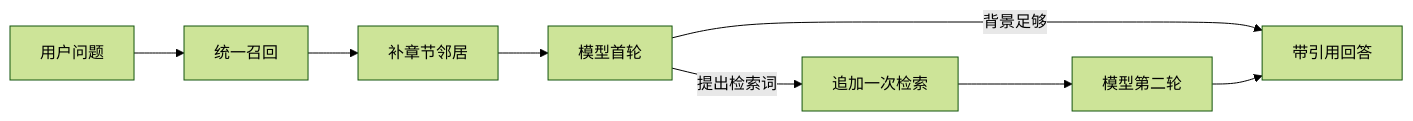
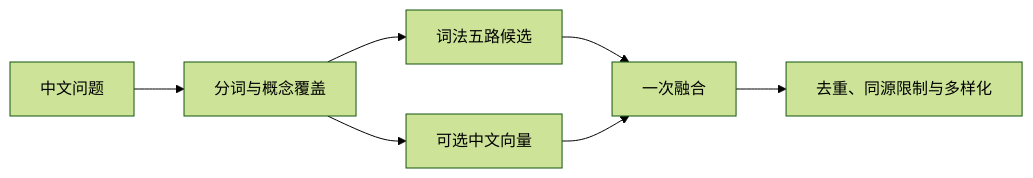
Before and after one commit to lejunyang/omem: the diagram in .repo-review/knowledge/articles/c7ef9ab86227b21952d1f3567bf0ff43a7d5e858dd8fb114a0775b4a78d08de5.md, drawn with Mermaid (forest theme). The commit also changed other lines of this file and 35 other files, not shown here.

````diff
--- a/.repo-review/knowledge/articles/c7ef9ab86227b21952d1f3567bf0ff43a7d5e858dd8fb114a0775b4a78d08de5.md
+++ b/.repo-review/knowledge/articles/c7ef9ab86227b21952d1f3567bf0ff43a7d5e858dd8fb114a0775b4a78d08de5.md
@@ -56,10 +32,9 @@
 ```mermaid
 flowchart LR
-  Q[用户问题] --> R[统一召回]
-  R --> N[补章节邻居]
-  N --> A1[模型首轮]
-  A1 -->|背景足够| F[带引用回答]
-  A1 -->|提出检索词| R2[追加一次检索]
-  R2 --> A2[模型第二轮]
-  A2 --> F
+  Q[中文问题] --> T[分词与概念覆盖]
+  T --> L[词法五路候选]
+  T --> V[可选中文向量]
+  L --> F[一次融合]
+  V --> F
+  F --> R[去重、同源限制与多样化]
 ```
````
